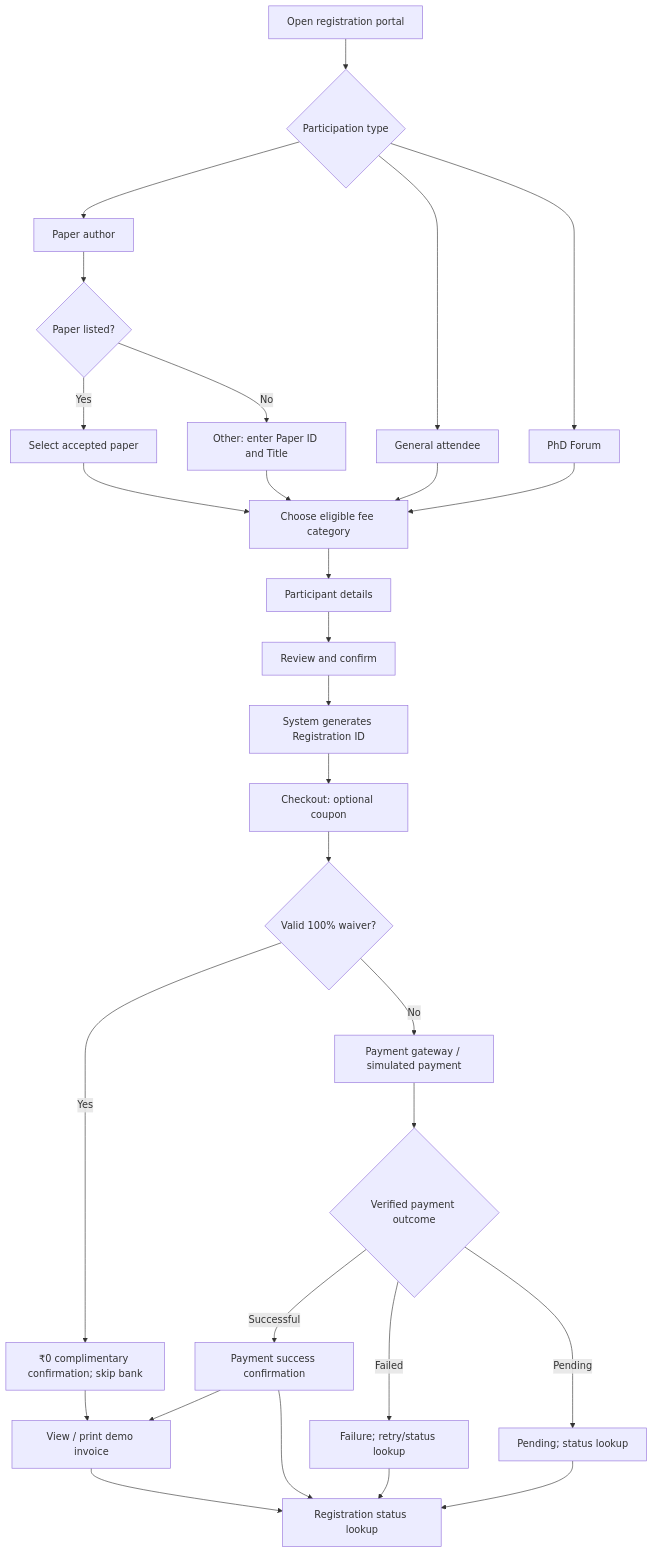
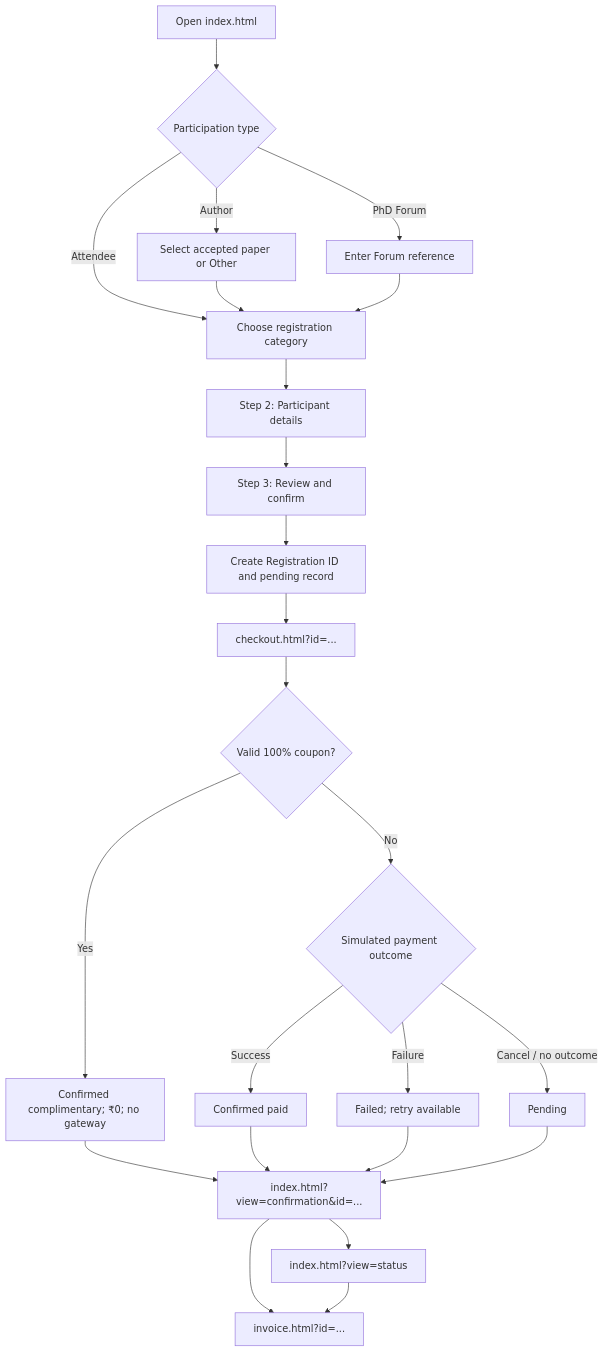
Before and after one commit to Siddy1992/asianhost-2026-registration-demo: the diagram in README.md, drawn with Mermaid. The commit also changed other lines of this file, not shown here.

````diff
--- a/README.md
+++ b/README.md
@@ -69,31 +71,26 @@
 ```mermaid
 flowchart TD
-    A[Open registration portal] --> B{Participation type}
-    B --> C[Paper author]
-    B --> D[General attendee]
-    B --> E[PhD Forum]
-    C --> F{Paper listed?}
-    F -->|Yes| G[Select accepted paper]
-    F -->|No| H[Other: enter Paper ID and Title]
-    G --> I[Choose eligible fee category]
-    H --> I
-    D --> I
-    E --> I
-    I --> J[Participant details]
-    J --> K[Review and confirm]
-    K --> L[System generates Registration ID]
-    L --> M[Checkout: optional coupon]
-    M --> N{Valid 100% waiver?}
-    N -->|Yes| O[₹0 complimentary confirmation; skip bank]
-    N -->|No| P[Payment gateway / simulated payment]
-    P --> Q{Verified payment outcome}
-    Q -->|Successful| R[Payment success confirmation]
-    Q -->|Failed| S[Failure; retry/status lookup]
-    Q -->|Pending| T[Pending; status lookup]
-    O --> V[View / print demo invoice]
-    R --> V
-    V --> U[Registration status lookup]
-    R --> U
-    S --> U
-    T --> U
+    A[Open index.html] --> B{Participation type}
+    B -->|Author| C[Select accepted paper or Other]
+    B -->|Attendee| D[Choose registration category]
+    B -->|PhD Forum| E[Enter Forum reference]
+    C --> D
+    E --> D
+    D --> F[Step 2: Participant details]
+    F --> G[Step 3: Review and confirm]
+    G --> H[Create Registration ID and pending record]
+    H --> I[checkout.html?id=...]
+    I --> J{Valid 100% coupon?}
+    J -->|Yes| K[Confirmed complimentary; ₹0; no gateway]
+    J -->|No| L{Simulated payment outcome}
+    L -->|Success| M[Confirmed paid]
+    L -->|Failure| N[Failed; retry available]
+    L -->|Cancel / no outcome| O[Pending]
+    K --> P[index.html?view=confirmation&id=...]
+    M --> P
+    N --> P
+    O --> P
+    P --> Q[index.html?view=status]
+    P --> R[invoice.html?id=...]
+    Q --> R
 ```
````
